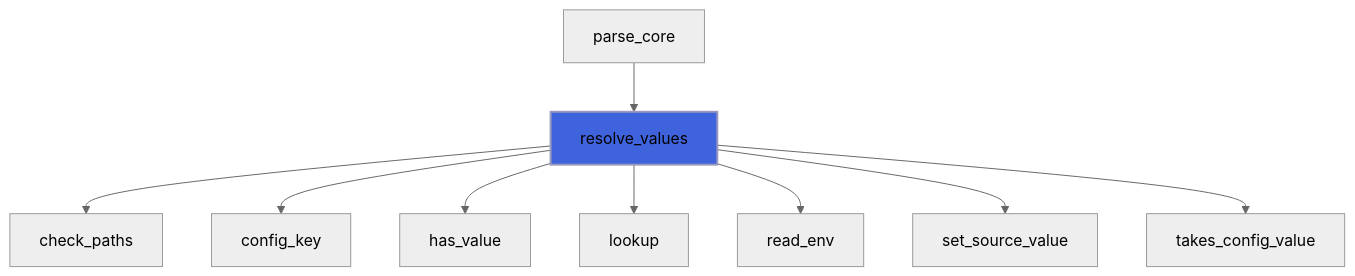
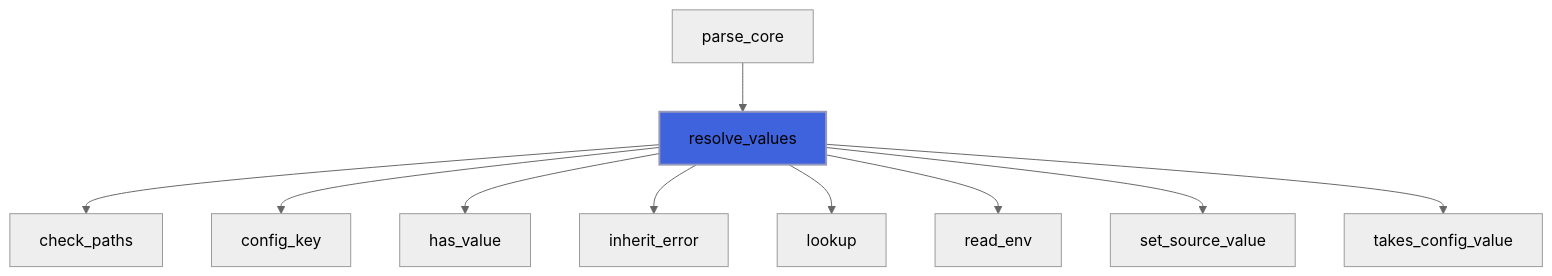
Before and after one commit to szaghi/FLAP: diagram 11 of 40 in docs/api/src/lib/flap_command_line_arguments_group_t.md, drawn with Mermaid (neutral theme). The commit also changed other lines of this file and 18 other files, not shown here.

````diff
--- a/docs/api/src/lib/flap_command_line_arguments_group_t.md
+++ b/docs/api/src/lib/flap_command_line_arguments_group_t.md
@@ -460,12 +465,13 @@
 ```mermaid
 flowchart TD
   parse_core["parse_core"] --> resolve_values["resolve_values"]
   resolve_values["resolve_values"] --> check_paths["check_paths"]
   resolve_values["resolve_values"] --> config_key["config_key"]
   resolve_values["resolve_values"] --> has_value["has_value"]
+  resolve_values["resolve_values"] --> inherit_error["inherit_error"]
   resolve_values["resolve_values"] --> lookup["lookup"]
   resolve_values["resolve_values"] --> read_env["read_env"]
   resolve_values["resolve_values"] --> set_source_value["set_source_value"]
   resolve_values["resolve_values"] --> takes_config_value["takes_config_value"]
   style resolve_values fill:#3e63dd,stroke:#99b,stroke-width:2px
 ```
````
